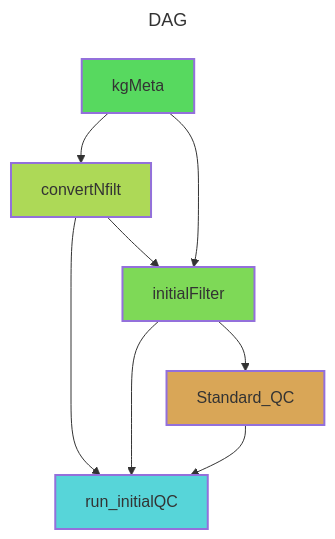
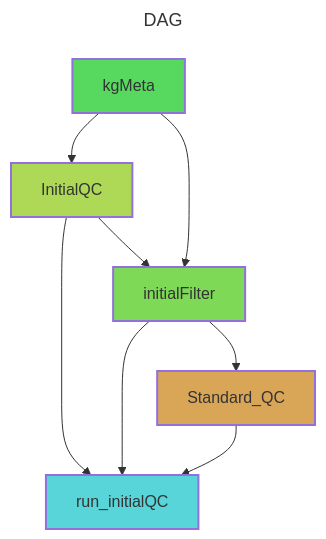
One commit to UMN-GDC/GDCGenomicsQC changed the diagram in docs/rulegraph_initialQC.mmd. Above: the diagram before and after it, drawn with Mermaid. The commit also changed 21 other files, not shown here.

Commit message:
Rename convertNfilt to InitialQC, add missingness/HWE defaults to all configs

```diff
--- a/docs/rulegraph_initialQC.mmd
+++ b/docs/rulegraph_initialQC.mmd
@@ -1,21 +1,21 @@
 ---
 title: DAG
 ---
 flowchart TB
 	id0[run_initialQC]
 	id1[kgMeta]
 	id2[Standard_QC]
-	id3[convertNfilt]
+	id3[InitialQC]
 	id4[initialFilter]
 	style id0 fill:#57D5D9,stroke-width:2px,color:#333333
 	style id1 fill:#57D95F,stroke-width:2px,color:#333333
 	style id2 fill:#D9A657,stroke-width:2px,color:#333333
 	style id3 fill:#ADD957,stroke-width:2px,color:#333333
 	style id4 fill:#7ED957,stroke-width:2px,color:#333333
 	id2 --> id0
 	id3 --> id0
 	id4 --> id0
 	id4 --> id2
 	id1 --> id3
 	id1 --> id4
 	id3 --> id4
```
